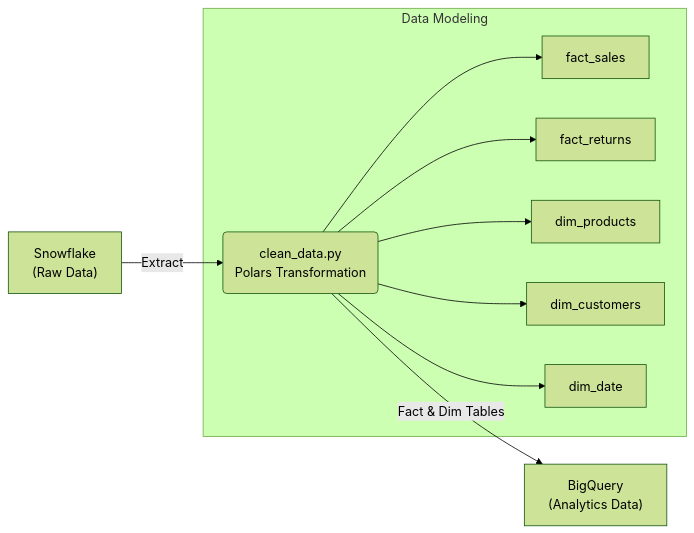
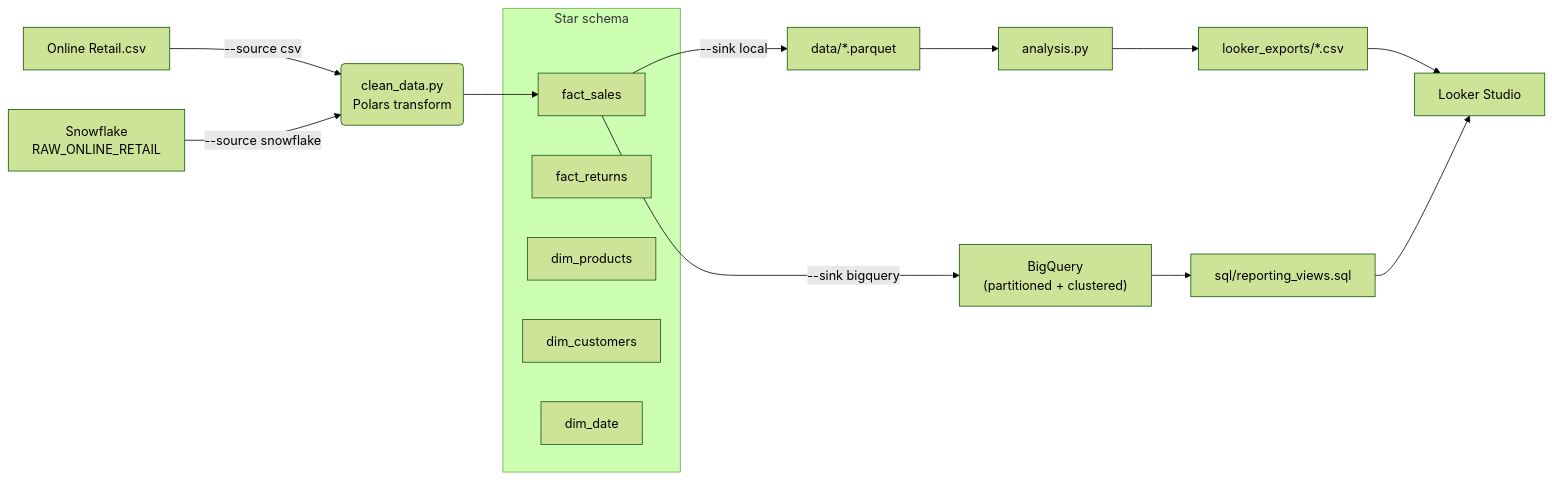
Before and after one commit to madhusiddharths/Online_retail: the diagram in README.md, drawn with Mermaid (forest theme). The commit also changed other lines of this file and 2 other files, not shown here.

Commit message:
Add live Looker Studio dashboard link to README

````diff
--- a/README.md
+++ b/README.md
@@ -18,13 +16,20 @@
 ```mermaid
 graph LR
-    A["Snowflake\n(Raw Data)"] -->|Extract| B("clean_data.py\nPolars Transformation")
-    B -->|Fact & Dim Tables| C["BigQuery\n(Analytics Data)"]
-    
-    subgraph Data Modeling
-    B --> D[fact_sales]
-    B --> E[fact_returns]
-    B --> F[dim_products]
-    B --> G[dim_customers]
-    B --> H[dim_date]
+    A1["Online Retail.csv"] -->|--source csv| T
+    A2["Snowflake<br/>RAW_ONLINE_RETAIL"] -->|--source snowflake| T
+    T("clean_data.py<br/>Polars transform") --> S1
+    subgraph Star schema
+    S1[fact_sales]
+    S2[fact_returns]
+    S3[dim_products]
+    S4[dim_customers]
+    S5[dim_date]
     end
+    S1 -->|--sink local| L["data/*.parquet"]
+    S1 -->|--sink bigquery| B["BigQuery<br/>(partitioned + clustered)"]
+    L --> AN["analysis.py"]
+    AN --> CSV["looker_exports/*.csv"]
+    B --> V["sql/reporting_views.sql"]
+    CSV --> LS["Looker Studio"]
+    V --> LS
 ```
````
